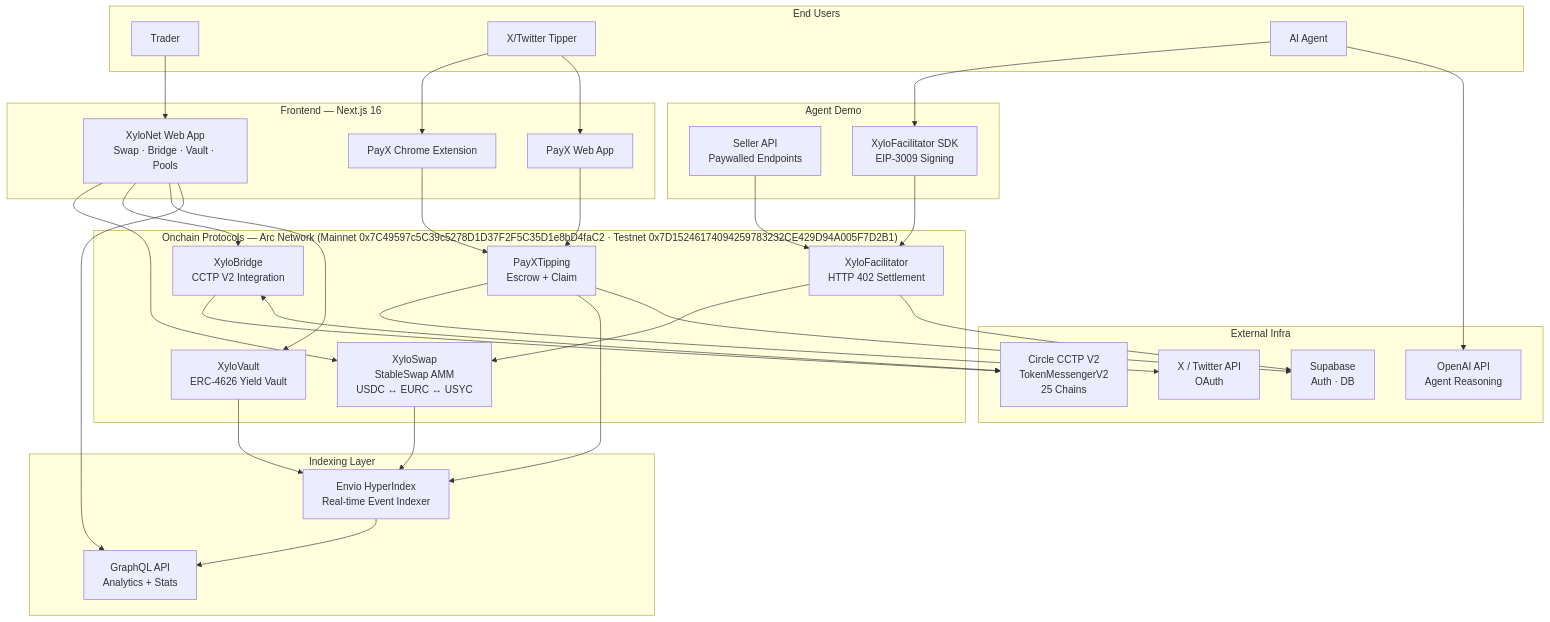
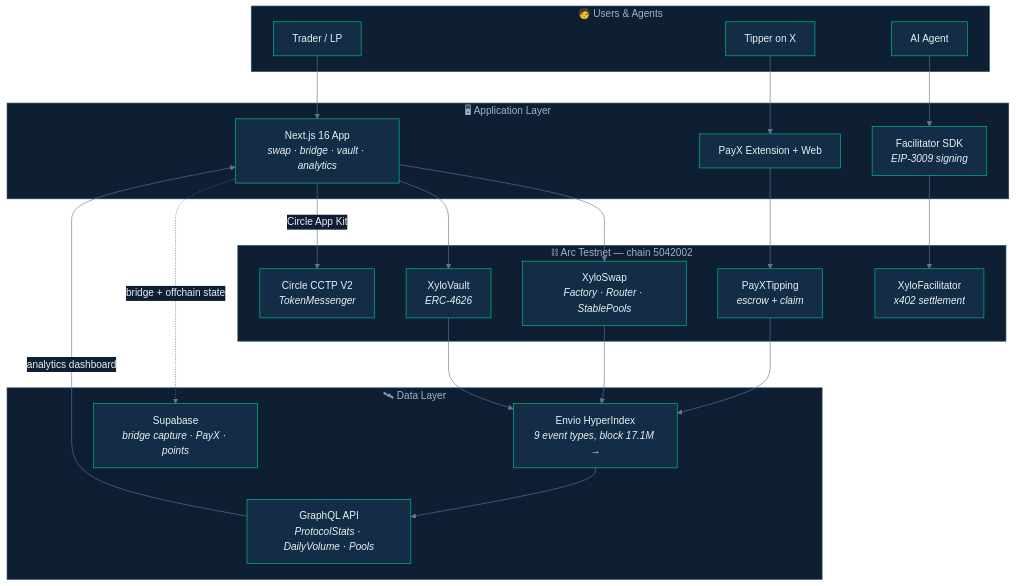
One commit to Panchu11/xylonet-public changed the second of 2 diagrams in README.md. Above: the diagram before and after it, drawn with Mermaid. The commit also changed other lines of this file and 4 other files, not shown here.

First line of the commit message:
docs: world-class README with verified on-chain data and brand assets

````diff
--- a/README.md
+++ b/README.md
@@ -52,68 +153,43 @@
 ```mermaid
+%%{init: {'theme':'base','themeVariables':{'primaryColor':'#132D46','primaryTextColor':'#E8F0F7','primaryBorderColor':'#01C38E','lineColor':'#5E7A94','clusterBkg':'#0E1E33','clusterBorder':'#2A4A66','edgeLabelBackground':'#0E1E33','tertiaryTextColor':'#9FB3C8'}}}%%
 graph TB
-    subgraph Users["End Users"]
-        Trader["Trader"]
-        Tipper["X/Twitter Tipper"]
-        Agent["AI Agent"]
+    subgraph L1["🧑 Users & Agents"]
+        U1["Trader / LP"]
+        U2["Tipper on X"]
+        U3["AI Agent"]
     end
 
-    subgraph Frontend["Frontend — Next.js 16"]
-        WebApp["XyloNet Web App<br/>Swap · Bridge · Vault · Pools"]
-        PayXExt["PayX Chrome Extension"]
-        PayXWeb["PayX Web App"]
+    subgraph L2["🖥 Application Layer"]
+        FE["Next.js 16 App<br/><i>swap · bridge · vault · analytics</i>"]
+        EXT["PayX Extension + Web"]
+        SDK["Facilitator SDK<br/><i>EIP-3009 signing</i>"]
     end
 
-    subgraph Protocols["Onchain Protocols — Arc Network (Mainnet 0x7C49597c5C39c5278D1D37F2F5C35D1e8bD4faC2 · Testnet 0x7D15246174094259783232CE429D94A005F7D2B1)"]
-        Swap["XyloSwap<br/>StableSwap AMM<br/>USDC ↔ EURC ↔ USYC"]
-        Bridge["XyloBridge<br/>CCTP V2 Integration"]
-        Vault["XyloVault<br/>ERC-4626 Yield Vault"]
-        PayX["PayXTipping<br/>Escrow + Claim"]
-        Fac["XyloFacilitator<br/>HTTP 402 Settlement"]
+    subgraph L3["⛓ Arc Testnet — chain 5042002"]
+        SW["XyloSwap<br/><i>Factory · Router · StablePools</i>"]
+        VA["XyloVault<br/><i>ERC-4626</i>"]
+        PX["PayXTipping<br/><i>escrow + claim</i>"]
+        FC["XyloFacilitator<br/><i>x402 settlement</i>"]
+        CC["Circle CCTP V2<br/><i>TokenMessenger</i>"]
     end
 
-    subgraph External["External Infra"]
-        CCTP["Circle CCTP V2<br/>TokenMessengerV2<br/>25 Chains"]
-        X["X / Twitter API<br/>OAuth"]
-        Supabase["Supabase<br/>Auth · DB"]
-        OpenAI["OpenAI API<br/>Agent Reasoning"]
+    subgraph L4["🛰 Data Layer"]
+        EN["Envio HyperIndex<br/><i>9 event types, block 17.1M →</i>"]
+        GQ["GraphQL API<br/><i>ProtocolStats · DailyVolume · Pools</i>"]
+        SB["Supabase<br/><i>bridge capture · PayX · points</i>"]
     end
 
-    subgraph Indexing["Indexing Layer"]
-        Envio["Envio HyperIndex<br/>Real-time Event Indexer"]
-        GraphQL["GraphQL API<br/>Analytics + Stats"]
-    end
+    U1 --> FE
+    U2 --> EXT
+    U3 --> SDK
 
-    subgraph AgentStack["Agent Demo"]
-        Seller["Seller API<br/>Paywalled Endpoints"]
-        AgentSDK["XyloFacilitator SDK<br/>EIP-3009 Signing"]
-    end
+    FE --> SW & VA
+    FE -->|Circle App Kit| CC
+    EXT --> PX
+    SDK --> FC
 
-    Trader --> WebApp
-    Tipper --> PayXExt
-    Tipper --> PayXWeb
-    Agent --> AgentSDK
-
-    WebApp --> Swap
-    WebApp --> Bridge
-    WebApp --> Vault
-    PayXExt --> PayX
-    PayXWeb --> PayX
-    PayX --> X
-
-    Bridge --> CCTP
-    Bridge <--> CCTP
-
-    Seller --> Fac
-    AgentSDK --> Fac
-    Fac --> Swap
-    Agent --> OpenAI
-
-    Swap --> Envio
-    Vault --> Envio
-    PayX --> Envio
-    Envio --> GraphQL
-    WebApp --> GraphQL
-
-    Fac --> Supabase
-    PayX --> Supabase
+    SW & VA & PX --> EN
+    EN --> GQ
+    GQ -->|analytics dashboard| FE
+    FE -.->|bridge + offchain state| SB
 ```
````
